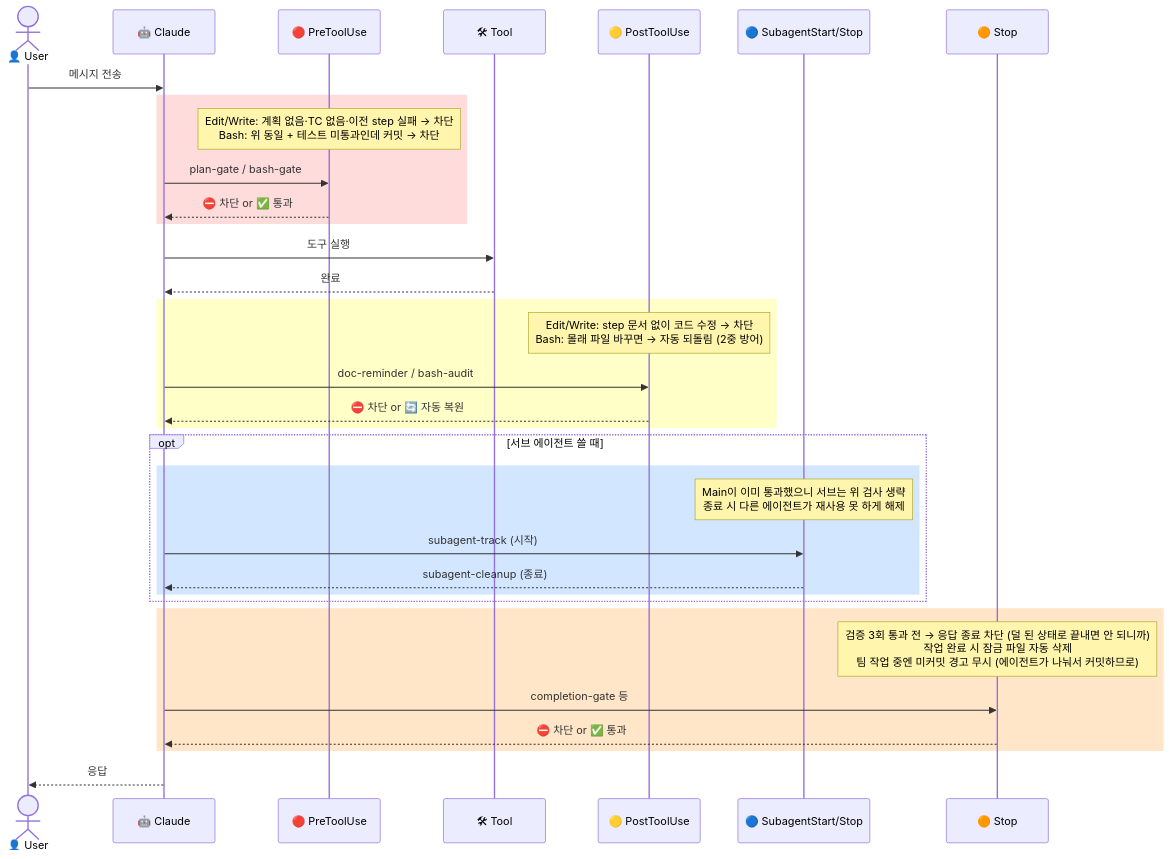
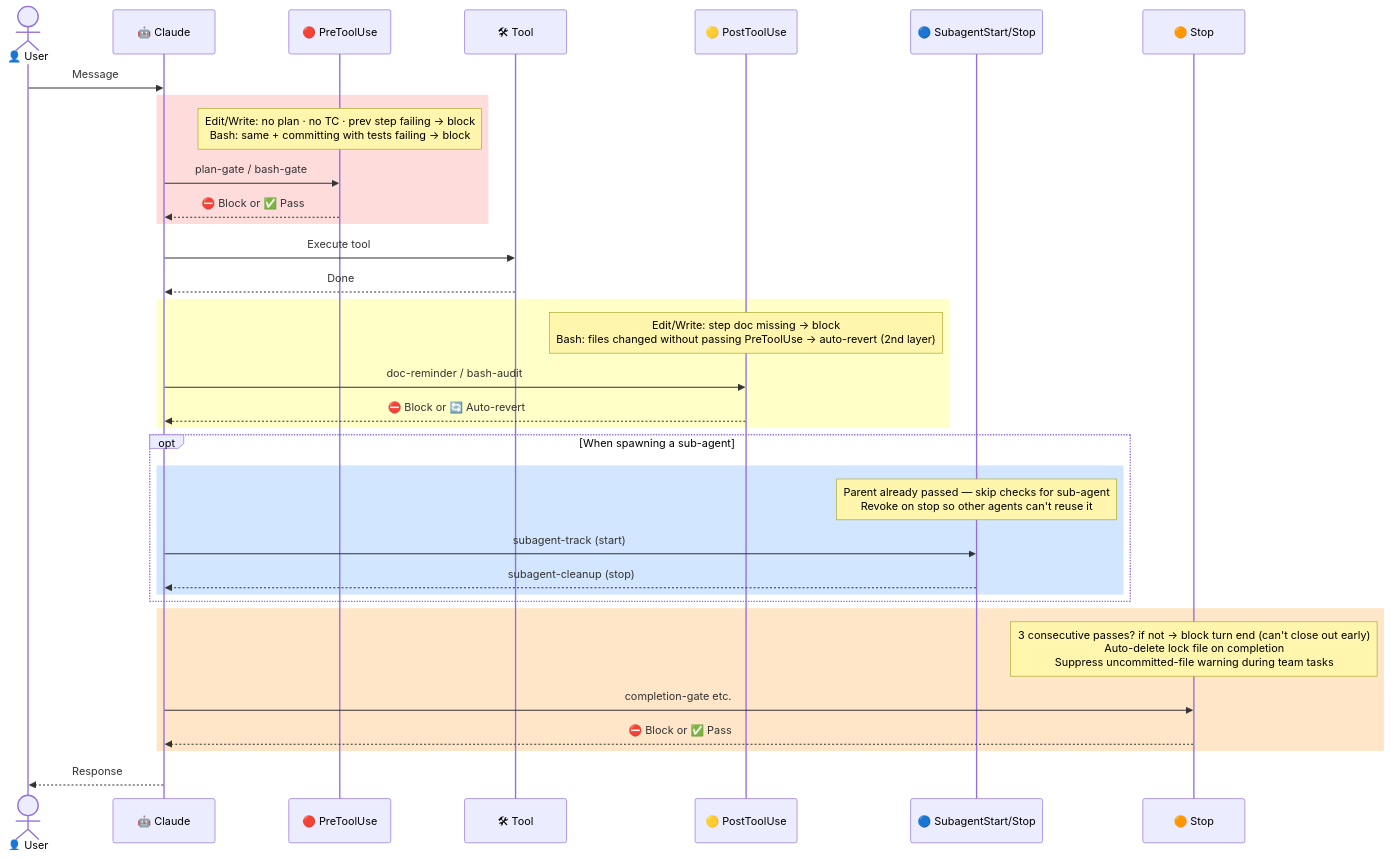
The diagram in docs/hooks-lifecycle.md (kangraemin/ai-bouncer), drawn with Mermaid before and after one commit. The commit also changed other lines of this file and 2 other files, not shown here.

````diff
--- a/docs/hooks-lifecycle.md
+++ b/docs/hooks-lifecycle.md
@@ -51,43 +53,43 @@
 ```mermaid
 sequenceDiagram
     actor U as 👤 User
     participant C as 🤖 Claude
     participant PRE as 🔴 PreToolUse
     participant T as 🛠 Tool
     participant POST as 🟡 PostToolUse
     participant SUB as 🔵 SubagentStart/Stop
     participant STP as 🟠 Stop
 
-    U->>C: 메시지 전송
+    U->>C: Message
 
     rect rgb(255, 220, 220)
-        note over PRE: Edit/Write: 계획 없음·TC 없음·이전 step 실패 → 차단<br/>Bash: 위 동일 + 테스트 미통과인데 커밋 → 차단
+        note over PRE: Edit/Write: no plan · no TC · prev step failing → block<br/>Bash: same + committing with tests failing → block
         C->>PRE: plan-gate / bash-gate
-        PRE-->>C: ⛔ 차단 or ✅ 통과
+        PRE-->>C: ⛔ Block or ✅ Pass
     end
 
-    C->>T: 도구 실행
-    T-->>C: 완료
+    C->>T: Execute tool
+    T-->>C: Done
 
     rect rgb(255, 255, 200)
-        note over POST: Edit/Write: step 문서 없이 코드 수정 → 차단<br/>Bash: 몰래 파일 바꾸면 → 자동 되돌림 (2중 방어)
+        note over POST: Edit/Write: step doc missing → block<br/>Bash: files changed without passing PreToolUse → auto-revert (2nd layer)
         C->>POST: doc-reminder / bash-audit
-        POST-->>C: ⛔ 차단 or 🔄 자동 복원
+        POST-->>C: ⛔ Block or 🔄 Auto-revert
     end
 
-    opt 서브 에이전트 쓸 때
+    opt When spawning a sub-agent
         rect rgb(210, 230, 255)
-            note over SUB: Main이 이미 통과했으니 서브는 위 검사 생략<br/>종료 시 다른 에이전트가 재사용 못 하게 해제
-            C->>SUB: subagent-track (시작)
-            SUB-->>C: subagent-cleanup (종료)
+            note over SUB: Parent already passed — skip checks for sub-agent<br/>Revoke on stop so other agents can't reuse it
+            C->>SUB: subagent-track (start)
+            SUB-->>C: subagent-cleanup (stop)
         end
     end
 
     rect rgb(255, 230, 200)
-        note over STP: 검증 3회 통과 전 → 응답 종료 차단 (덜 된 상태로 끝내면 안 되니까)<br/>작업 완료 시 잠금 파일 자동 삭제<br/>팀 작업 중엔 미커밋 경고 무시 (에이전트가 나눠서 커밋하므로)
-        C->>STP: completion-gate 등
-        STP-->>C: ⛔ 차단 or ✅ 통과
+        note over STP: 3 consecutive passes? if not → block turn end (can't close out early)<br/>Auto-delete lock file on completion<br/>Suppress uncommitted-file warning during team tasks
+        C->>STP: completion-gate etc.
+        STP-->>C: ⛔ Block or ✅ Pass
     end
 
-    C-->>U: 응답
+    C-->>U: Response
 ```
````
